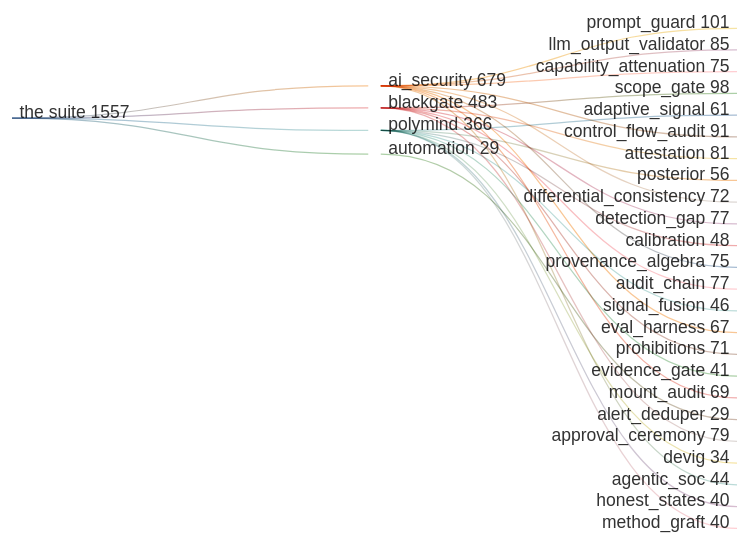
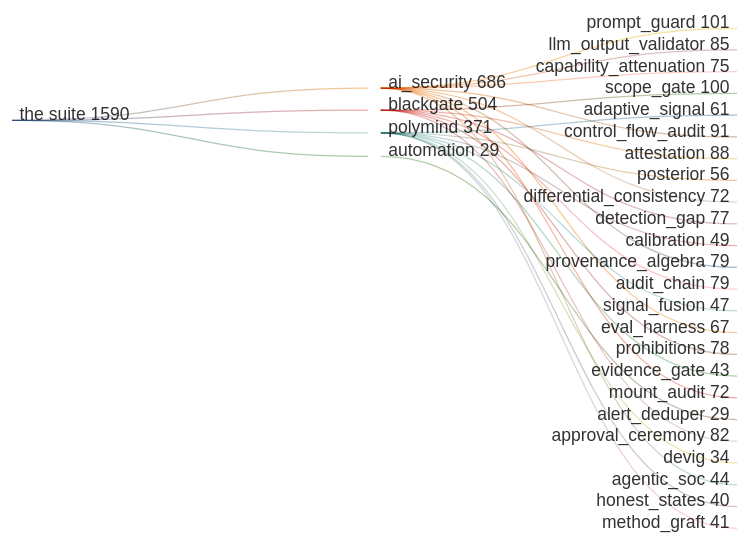
The third of 5 diagrams in README.md (greeklinux/Showcase), drawn with Mermaid before and after one commit. The commit also changed other lines of this file and 29 other files, not shown here.

````diff
--- a/README.md
+++ b/README.md
@@ -354,32 +354,32 @@
 ```mermaid
 sankey-beta
 
-the suite,ai_security,679
-the suite,blackgate,483
-the suite,polymind,366
+the suite,ai_security,686
+the suite,blackgate,504
+the suite,polymind,371
 the suite,automation,29
 ai_security,prompt_guard,101
 ai_security,llm_output_validator,85
 ai_security,capability_attenuation,75
 ai_security,control_flow_audit,91
 ai_security,differential_consistency,72
-ai_security,provenance_algebra,75
+ai_security,provenance_algebra,79
 ai_security,eval_harness,67
-ai_security,mount_audit,69
+ai_security,mount_audit,72
 ai_security,agentic_soc,44
-blackgate,scope_gate,98
-blackgate,attestation,81
+blackgate,scope_gate,100
+blackgate,attestation,88
 blackgate,detection_gap,77
-blackgate,audit_chain,77
-blackgate,prohibitions,71
-blackgate,approval_ceremony,79
+blackgate,audit_chain,79
+blackgate,prohibitions,78
+blackgate,approval_ceremony,82
 polymind,adaptive_signal,61
 polymind,posterior,56
-polymind,calibration,48
-polymind,signal_fusion,46
-polymind,evidence_gate,41
+polymind,calibration,49
+polymind,signal_fusion,47
+polymind,evidence_gate,43
 polymind,devig,34
 polymind,honest_states,40
-polymind,method_graft,40
+polymind,method_graft,41
 automation,alert_deduper,29
 ```
````
